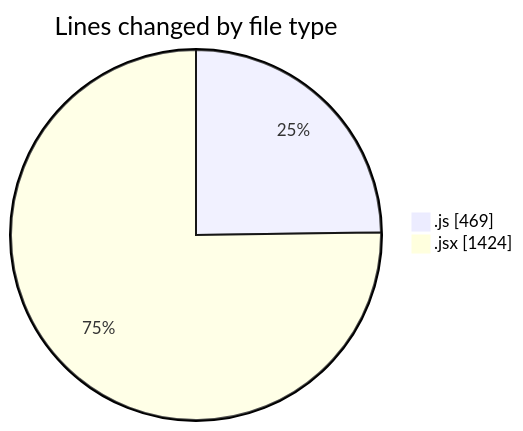
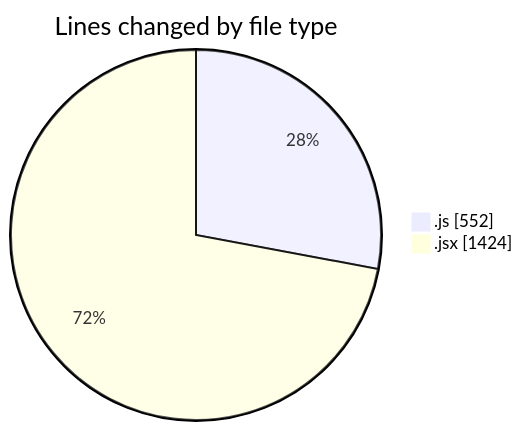
The first of 2 diagrams in 2025-12-01/nxtqube_webapp/README.md (nxtqubesakshisongat/code-tracking), drawn with Mermaid before and after one commit. The commit also changed other lines of this file and 1 other file, not shown here.

````diff
--- a/2025-12-01/nxtqube_webapp/README.md
+++ b/2025-12-01/nxtqube_webapp/README.md
@@ -23,6 +24,6 @@
 ```mermaid
 pie showData
 title Lines changed by file type
-".js" : 469
+".js" : 552
 ".jsx" : 1424
 ```
````
